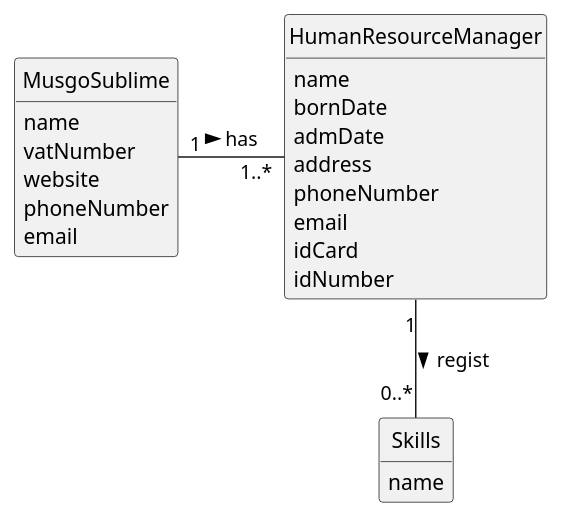
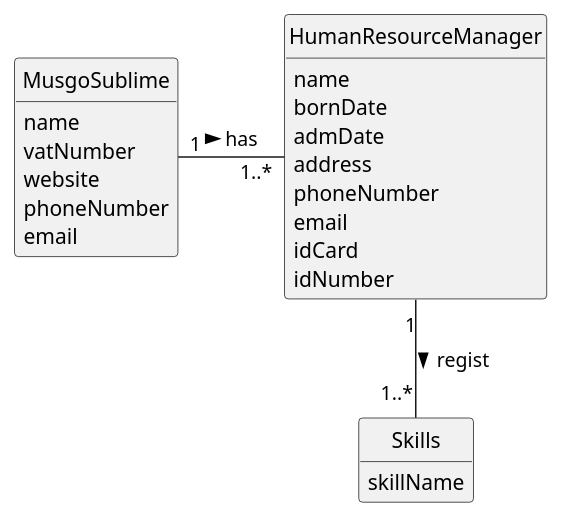
Before and after one commit to 1231360-ISEP/lei-24-s2-1db-g021: the diagram in docs/sprintA/us001/02.analysis/puml/us001-domain-model.puml, drawn with PlantUML. The commit also changed 7 other files, not shown here.

```diff
--- a/docs/sprintA/us001/02.analysis/puml/us001-domain-model.puml
+++ b/docs/sprintA/us001/02.analysis/puml/us001-domain-model.puml
@@ -1,38 +1,38 @@
 @startuml
 skinparam monochrome true
 skinparam packageStyle rectangle
 skinparam shadowing false
 
 skinparam classAttributeIconSize 0
 
 hide circle
 hide methods
 
 class MusgoSublime {
     name
     vatNumber
     website
     phoneNumber
     email
 }
 
 class HumanResourceManager {
     name
     bornDate
     admDate
     address
     phoneNumber
     email
     idCard
     idNumber
 }
 
 class Skills {
-    name
+    skillName
 }
 
 
 MusgoSublime "1" - "1..*" HumanResourceManager: has >
-HumanResourceManager "1" -- "0..*" Skills : regist >
+HumanResourceManager "1" -- "1..*" Skills : regist >
 
 @enduml
```
